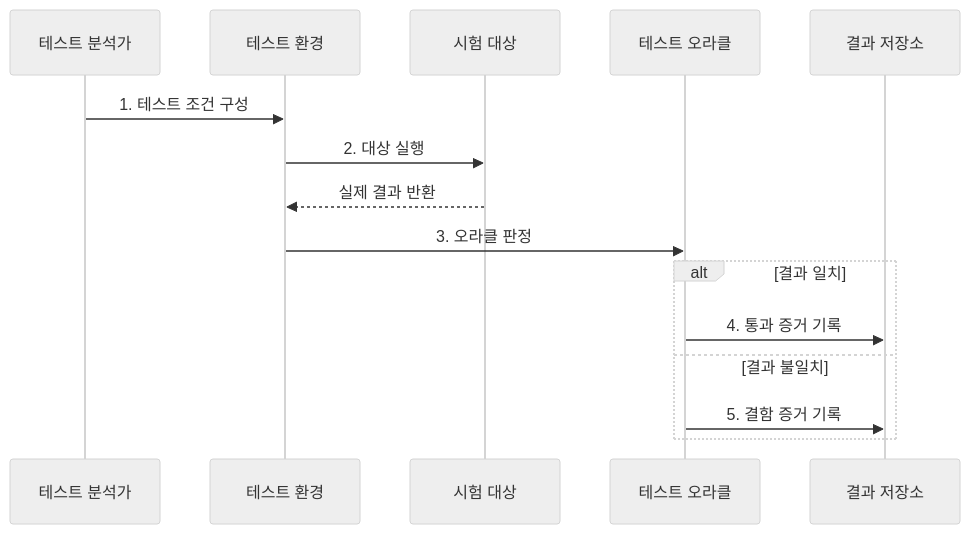
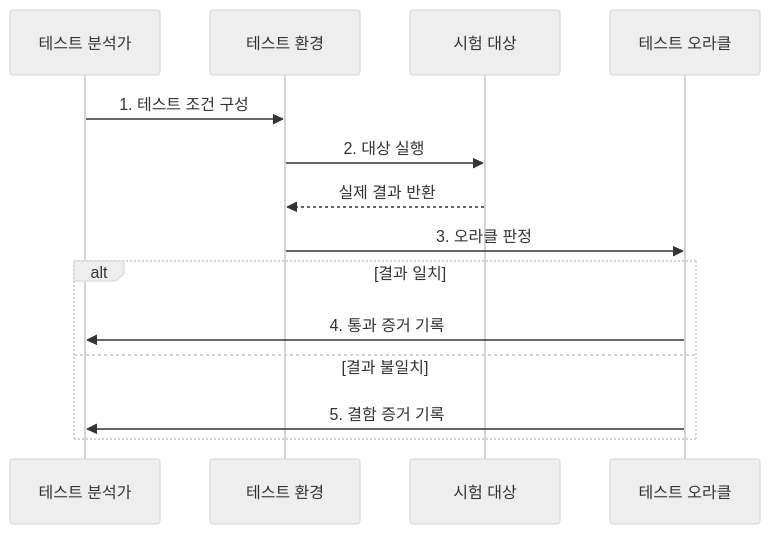
The diagram in src/content/docs/notes/03-software/058_software_testing.md (agnusdei1207/knowledge-base), drawn with Mermaid (neutral theme) before and after one commit. The commit also changed 8 other files, not shown here.

Commit message:
Clarify software quality diagrams

````diff
--- a/src/content/docs/notes/03-software/058_software_testing.md
+++ b/src/content/docs/notes/03-software/058_software_testing.md
@@ -91,17 +91,16 @@
 ```mermaid
 sequenceDiagram
     participant A as 테스트 분석가
     participant E as 테스트 환경
     participant S as 시험 대상
     participant O as 테스트 오라클
-    participant R as 결과 저장소
     A->>E: 1. 테스트 조건 구성
     E->>S: 2. 대상 실행
     S-->>E: 실제 결과 반환
     E->>O: 3. 오라클 판정
     alt 결과 일치
-        O->>R: 4. 통과 증거 기록
+        O->>A: 4. 통과 증거 기록
     else 결과 불일치
-        O->>R: 5. 결함 증거 기록
+        O->>A: 5. 결함 증거 기록
     end
 ```
````
